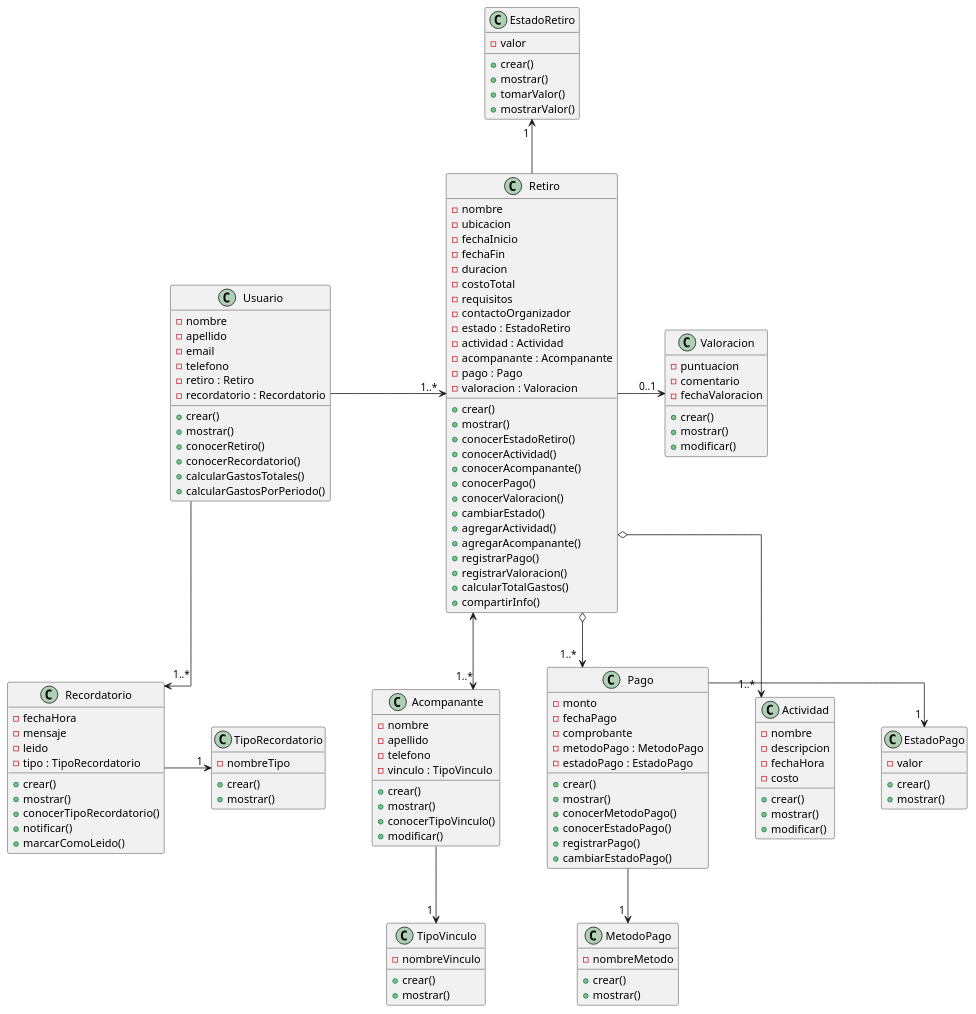
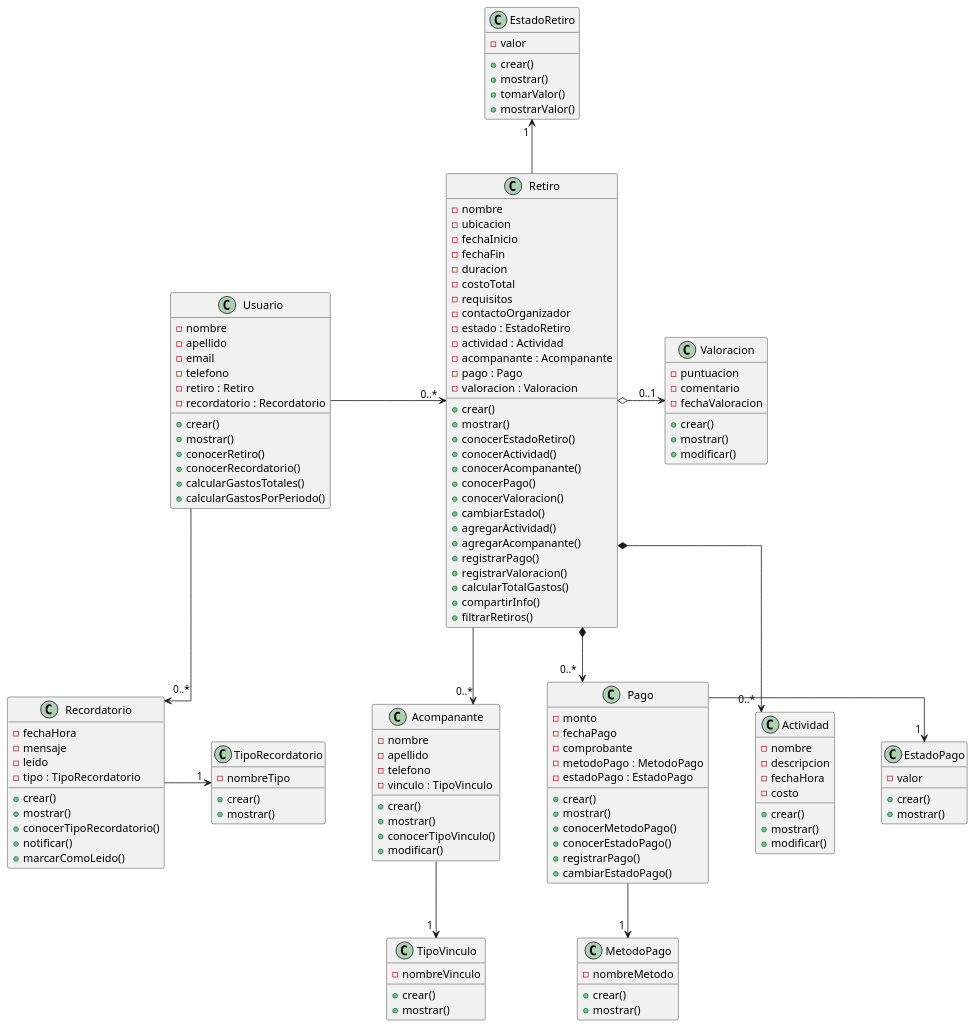
One commit to Luca-Tittarelli/tpi-asi changed the diagram in retiro.puml. Above: the diagram before and after it, drawn with PlantUML.

Commit message:
Modificacion y verificacion de las relaciones y sus multiplicidades

```diff
--- a/retiro.puml
+++ b/retiro.puml
@@ -1,155 +1,162 @@
 @startuml Retiros
 
 skinparam linetype ortho
 skinparam nodesep 60
 skinparam ranksep 70
 
 class Usuario {
   - nombre
   - apellido
   - email
   - telefono
   - retiro : Retiro
   - recordatorio : Recordatorio
   + crear()
   + mostrar()
   + conocerRetiro()
   + conocerRecordatorio()
   + calcularGastosTotales()
   + calcularGastosPorPeriodo()
 }
 
 class Retiro {
   - nombre
   - ubicacion
   - fechaInicio
   - fechaFin
   - duracion
   - costoTotal
   - requisitos
   - contactoOrganizador
   - estado : EstadoRetiro
   - actividad : Actividad
   - acompanante : Acompanante
   - pago : Pago
   - valoracion : Valoracion
   + crear()
   + mostrar()
   + conocerEstadoRetiro()
   + conocerActividad()
   + conocerAcompanante()
   + conocerPago()
   + conocerValoracion()
   + cambiarEstado()
   + agregarActividad()
   + agregarAcompanante()
   + registrarPago()
   + registrarValoracion()
   + calcularTotalGastos()
   + compartirInfo()
+  + filtrarRetiros()
 }
 
 class EstadoRetiro {
   - valor
   + crear()
   + mostrar()
   + tomarValor()
   + mostrarValor()
 }
 
 class Actividad {
   - nombre
   - descripcion
   - fechaHora
   - costo
   + crear()
   + mostrar()
   + modificar()
 }
 
 class Acompanante {
   - nombre
   - apellido
   - telefono
   - vinculo : TipoVinculo
   + crear()
   + mostrar()
   + conocerTipoVinculo()
   + modificar()
 }
+
 class TipoVinculo {
   - nombreVinculo
   + crear()
   + mostrar()
 }
 
 class Pago {
   - monto
   - fechaPago
   - comprobante
   - metodoPago : MetodoPago
   - estadoPago : EstadoPago
   + crear()
   + mostrar()
   + conocerMetodoPago()
   + conocerEstadoPago()
   + registrarPago()
   + cambiarEstadoPago()
 }
 
 class MetodoPago {
   - nombreMetodo
   + crear()
   + mostrar()
 }
 
 class EstadoPago {
   - valor
   + crear()
   + mostrar()
 }
 
 class Valoracion {
   - puntuacion
   - comentario
   - fechaValoracion
   + crear()
   + mostrar()
   + modificar()
 }
 
 class Recordatorio {
   - fechaHora
   - mensaje
   - leido
   - tipo : TipoRecordatorio
   + crear()
   + mostrar()
   + conocerTipoRecordatorio()
   + notificar()
   + marcarComoLeido()
 }
+
 class TipoRecordatorio {
   - nombreTipo
   + crear()
   + mostrar()
 }
 
 ' Relaciones desde Usuario
-Usuario -right-> " 1..* " Retiro
-Usuario -down-> " 1..* " Recordatorio
+Usuario -right-> " 0..* " Retiro
+Usuario -down-> " 0..* " Recordatorio
 
 ' Relacion de Recordatorio
 Recordatorio -right-> " 1 " TipoRecordatorio
+
+
 Retiro -up-> " 1 " EstadoRetiro
-Retiro -right-> " 0..1 " Valoracion
-Retiro <--> " 1..* " Acompanante
+Retiro o-right-> " 0..1 " Valoracion
+Retiro --> " 0..* " Acompanante
 Acompanante -down-> " 1 " TipoVinculo
 
-Retiro o-down-> " 1..* " Actividad
-Retiro o-down-> " 1..* " Pago
+
+Retiro *-down-> " 0..* " Actividad
+Retiro *-down-> " 0..* " Pago
 
 ' Relaciones de Pago
 Pago -down-> " 1 " MetodoPago
 Pago -right-> " 1 " EstadoPago
+
 @enduml
```
